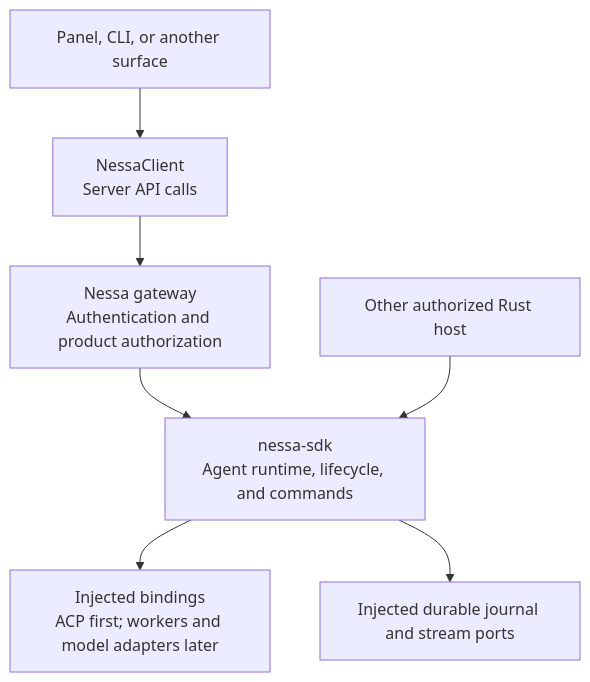
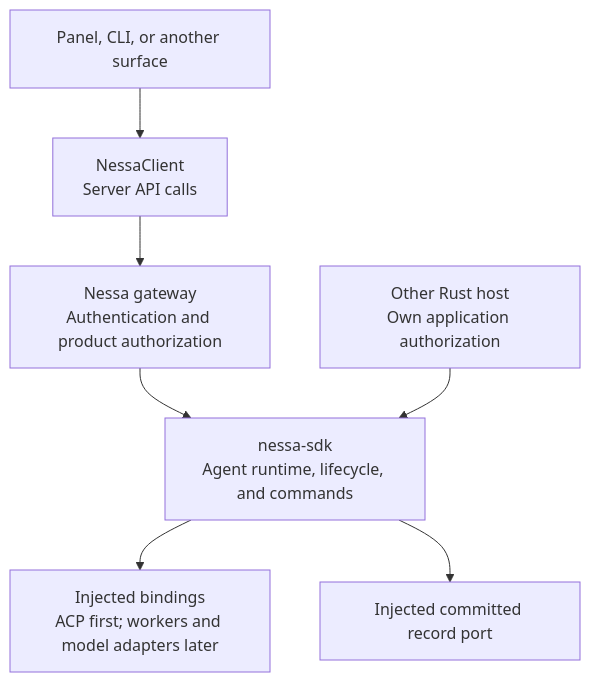
Before and after one commit to nessalabs/nessa-agent: the first of 2 diagrams in docs/design/agent-sdk-shape-research.md, drawn with Mermaid. The commit also changed other lines of this file and 2 other files, not shown here.

First line of the commit message:
Align SDK research with accepted runtime design (#24)

````diff
--- a/docs/design/agent-sdk-shape-research.md
+++ b/docs/design/agent-sdk-shape-research.md
@@ -93,9 +103,9 @@
 ```mermaid
 flowchart TD
     UI["Panel, CLI, or another surface"] --> Client["NessaClient<br/>Server API calls"]
     Client --> Gateway["Nessa gateway<br/>Authentication and product authorization"]
     Gateway --> SDK["nessa-sdk<br/>Agent runtime, lifecycle, and commands"]
-    Host["Other authorized Rust host"] --> SDK
+    Host["Other Rust host<br/>Own application authorization"] --> SDK
     SDK --> Bindings["Injected bindings<br/>ACP first; workers and model adapters later"]
-    SDK --> Records["Injected durable journal and stream ports"]
+    SDK --> Records["Injected committed record port"]
 ```
````
